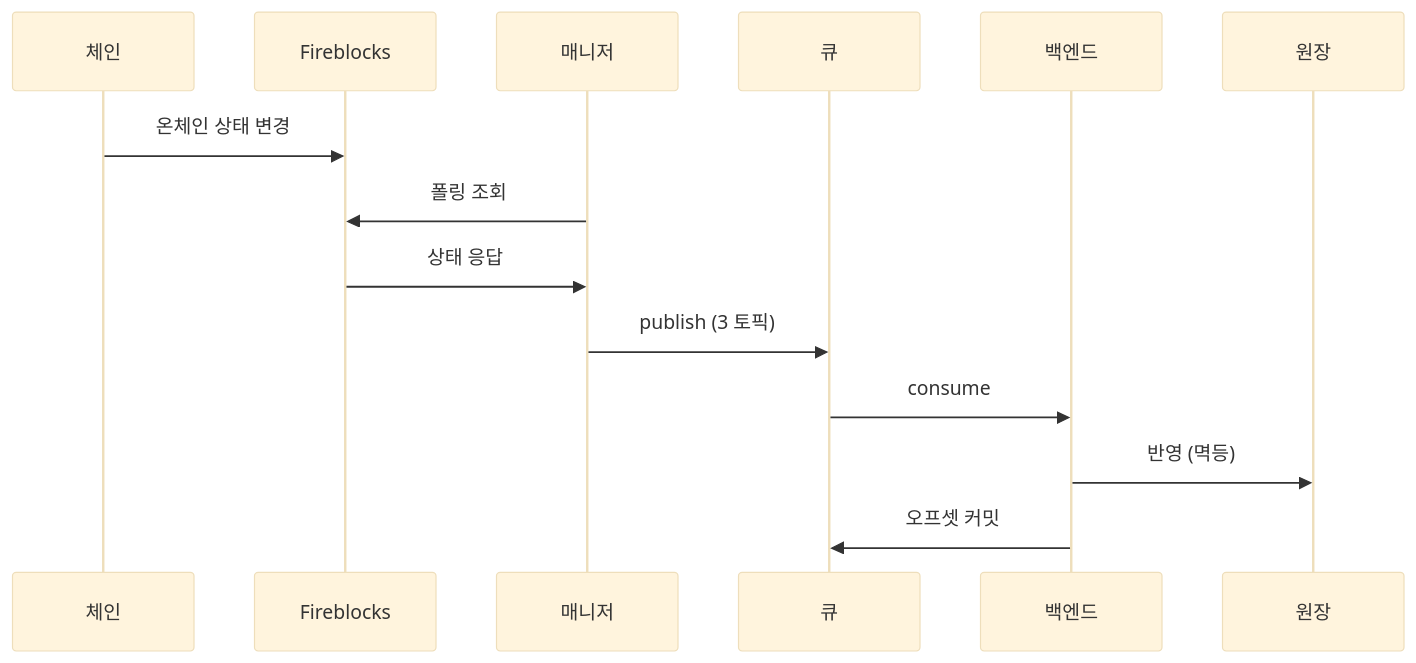
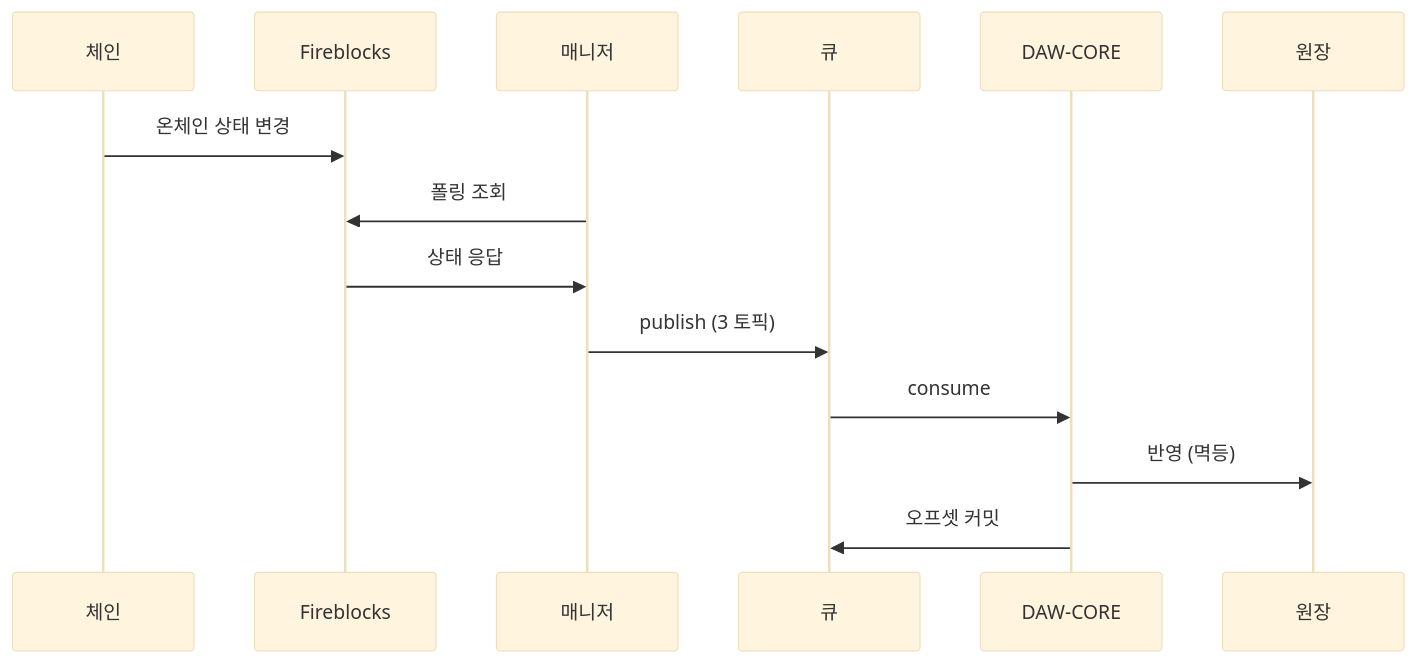
The diagram in blockchain-manager/api-docs/api.md (eunsujeo/eunpus), drawn with Mermaid (base theme) before and after one commit. The commit also changed other lines of this file and 8 other files, not shown here.

````diff
--- a/blockchain-manager/api-docs/api.md
+++ b/blockchain-manager/api-docs/api.md
@@ -100,10 +100,10 @@
 ```mermaid
 sequenceDiagram
     체인->>Fireblocks: 온체인 상태 변경
     매니저->>Fireblocks: 폴링 조회
     Fireblocks->>매니저: 상태 응답
     매니저->>큐: publish (3 토픽)
-    큐->>백엔드: consume
-    백엔드->>원장: 반영 (멱등)
-    백엔드->>큐: 오프셋 커밋
+    큐->>DAW-CORE: consume
+    DAW-CORE->>원장: 반영 (멱등)
+    DAW-CORE->>큐: 오프셋 커밋
 ```
````
